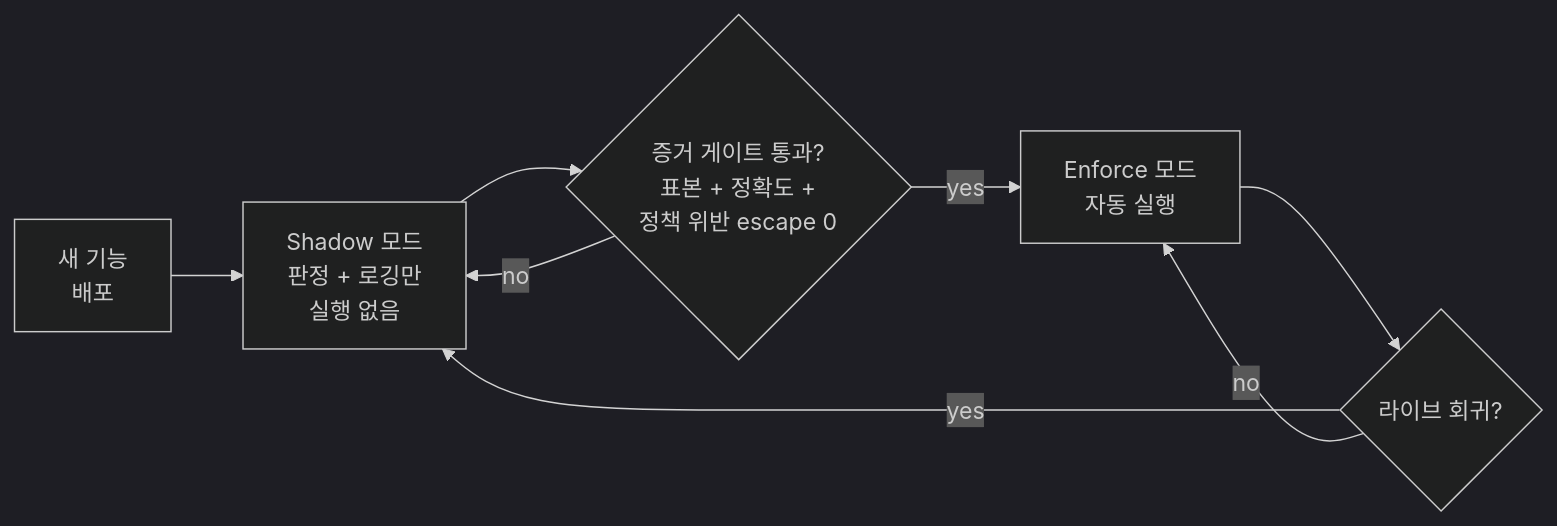
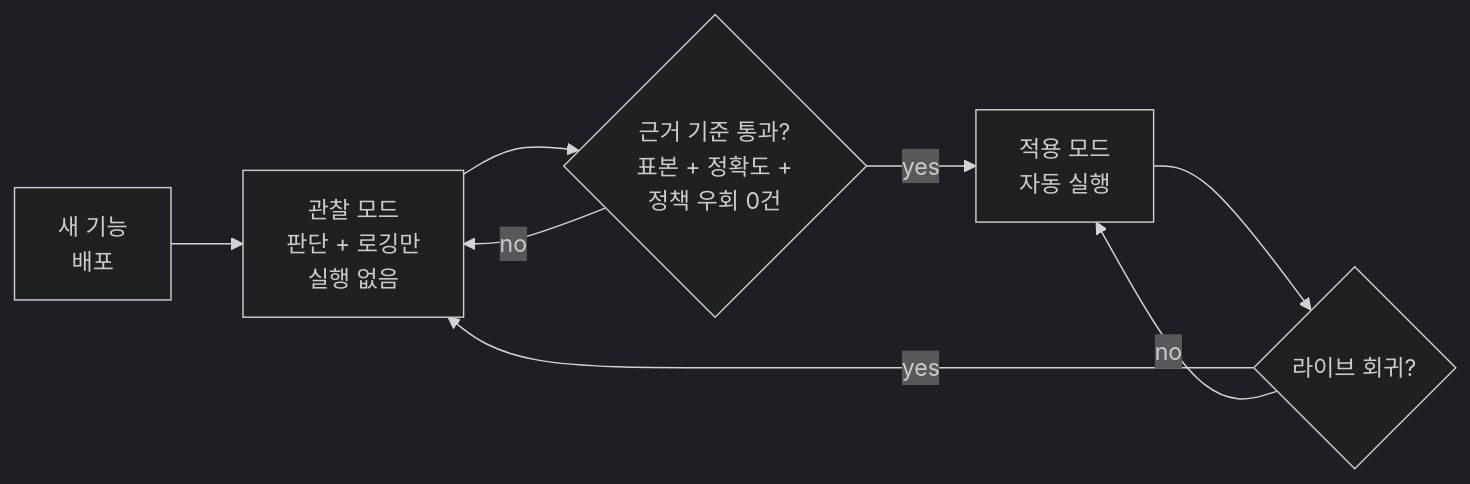
The diagram in docs/user-guide/concepts/shadow-then-enforce-ko.md (dotnetpower/fdai), drawn with Mermaid (dark theme) before and after one commit. The commit also changed other lines of this file and 1 other file, not shown here.

First line of the commit message:
docs(user-guide): simplify the observe-then-enforce concept page

````diff
--- a/docs/user-guide/concepts/shadow-then-enforce-ko.md
+++ b/docs/user-guide/concepts/shadow-then-enforce-ko.md
@@ -22,11 +22,11 @@
 ```mermaid
 flowchart LR
   NEW[새 기능<br/>배포]
-  NEW --> SH[Shadow 모드<br/>판정 + 로깅만<br/>실행 없음]
-  SH --> M{증거 게이트 통과?<br/>표본 + 정확도 +<br/>정책 위반 escape 0}
-  M -->|yes| EN[Enforce 모드<br/>자동 실행]
+  NEW --> SH[관찰 모드<br/>판단 + 로깅만<br/>실행 없음]
+  SH --> M{근거 기준 통과?<br/>표본 + 정확도 +<br/>정책 우회 0건}
+  M -->|yes| EN[적용 모드<br/>자동 실행]
   M -->|no| SH
   EN --> R{라이브 회귀?}
   R -->|yes| SH
   R -->|no| EN
 ```
````
